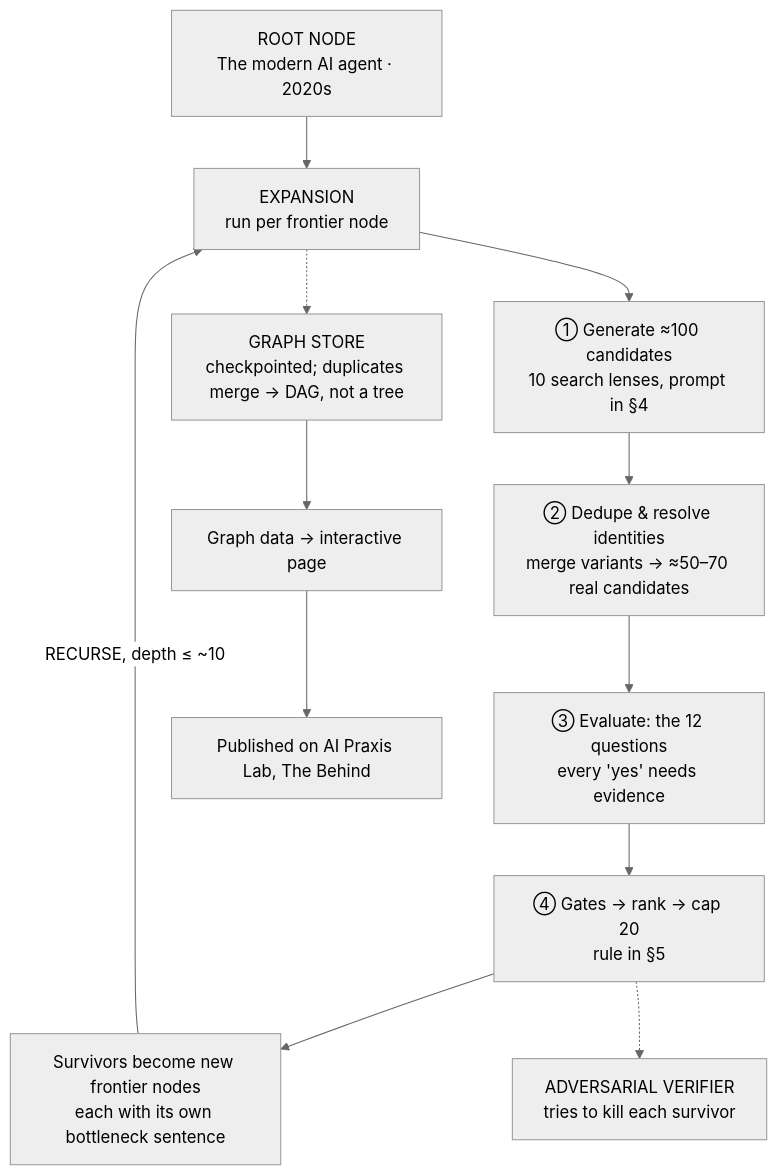
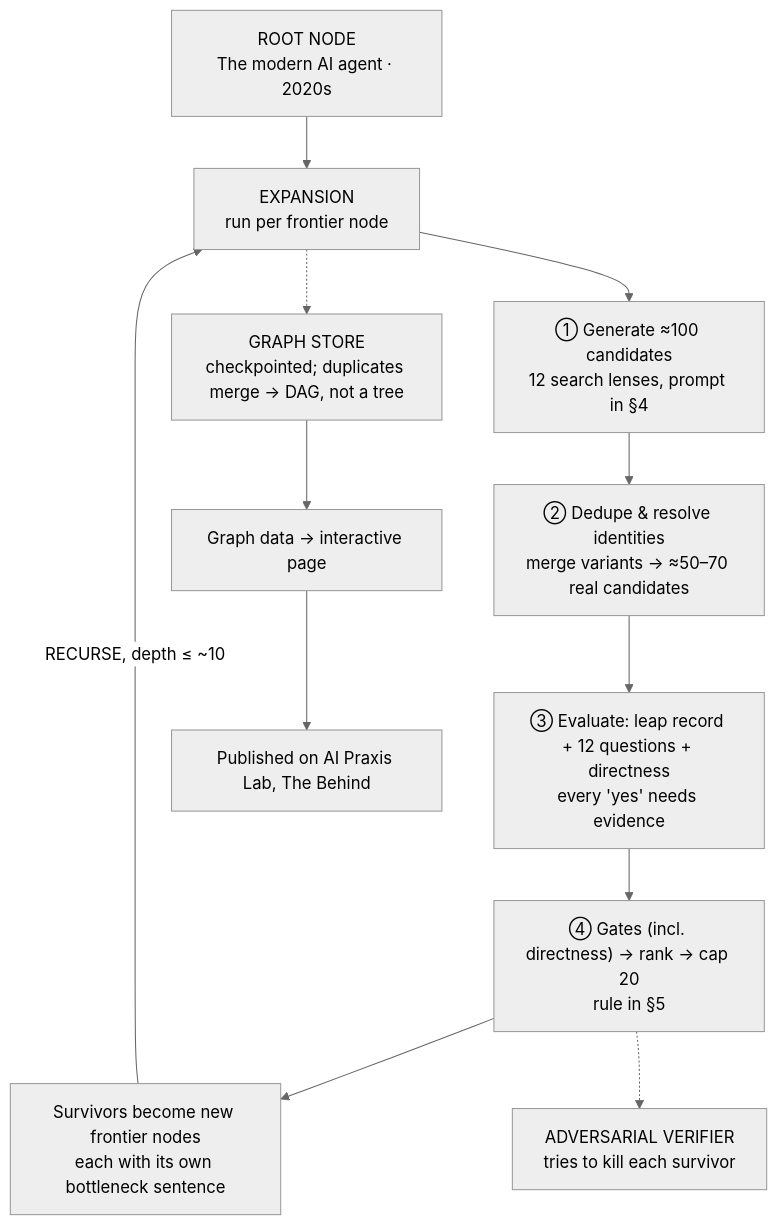
The diagram in the-behind/DESIGN.md (ialchemist-dev/QuickPrototype), drawn with Mermaid (neutral theme) before and after one commit. The commit also changed other lines of this file and 1 other file, not shown here.

Commit message:
The Behind design v3.1: hardware & data scout lenses, substrate-is-not-a-rejection-class gate guidance, retro-sweep protocol

````diff
--- a/the-behind/DESIGN.md
+++ b/the-behind/DESIGN.md
@@ -11,14 +11,14 @@
 ```mermaid
 flowchart TD
     A["ROOT NODE<br/>The modern AI agent · 2020s"] --> B["EXPANSION<br/>run per frontier node"]
-    B --> B1["① Generate ≈100 candidates<br/>10 search lenses, prompt in §4"]
+    B --> B1["① Generate ≈100 candidates<br/>12 search lenses, prompt in §4"]
     B1 --> B2["② Dedupe & resolve identities<br/>merge variants → ≈50–70 real candidates"]
-    B2 --> B3["③ Evaluate: the 12 questions<br/>every 'yes' needs evidence"]
-    B3 --> B4["④ Gates → rank → cap 20<br/>rule in §5"]
+    B2 --> B3["③ Evaluate: leap record + 12 questions + directness<br/>every 'yes' needs evidence"]
+    B3 --> B4["④ Gates (incl. directness) → rank → cap 20<br/>rule in §5"]
     B4 --> C["Survivors become new frontier nodes<br/>each with its own bottleneck sentence"]
     C -->|"RECURSE, depth ≤ ~10"| B
     B -.-> G["GRAPH STORE<br/>checkpointed; duplicates merge → DAG, not a tree"]
     B4 -.-> V["ADVERSARIAL VERIFIER<br/>tries to kill each survivor"]
     G --> O["Graph data → interactive page"]
     O --> P["Published on AI Praxis Lab, The Behind"]
 ```
````
